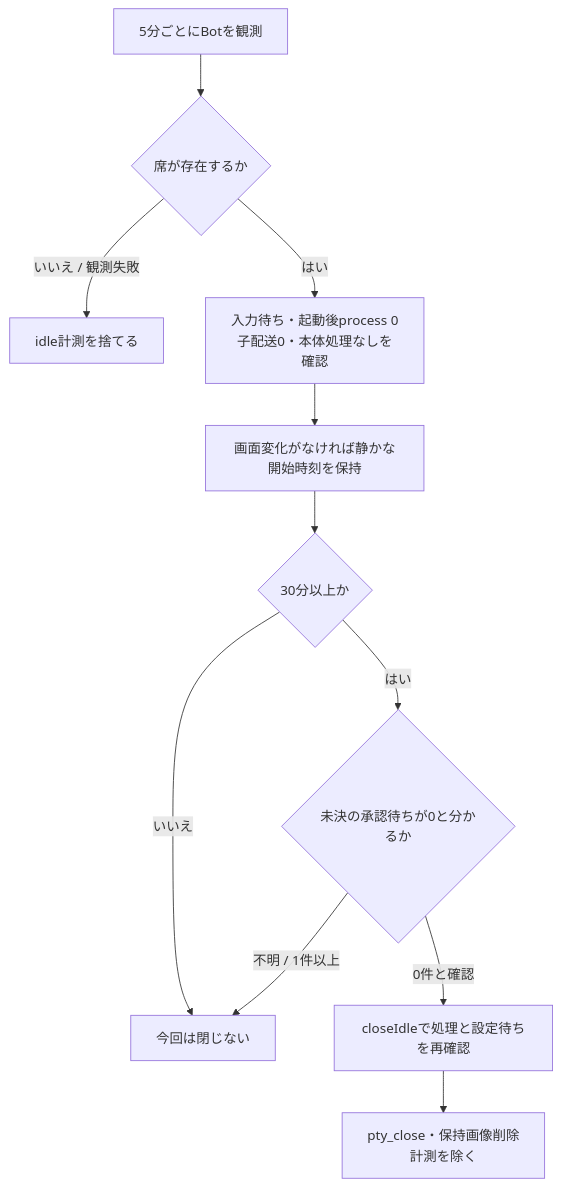
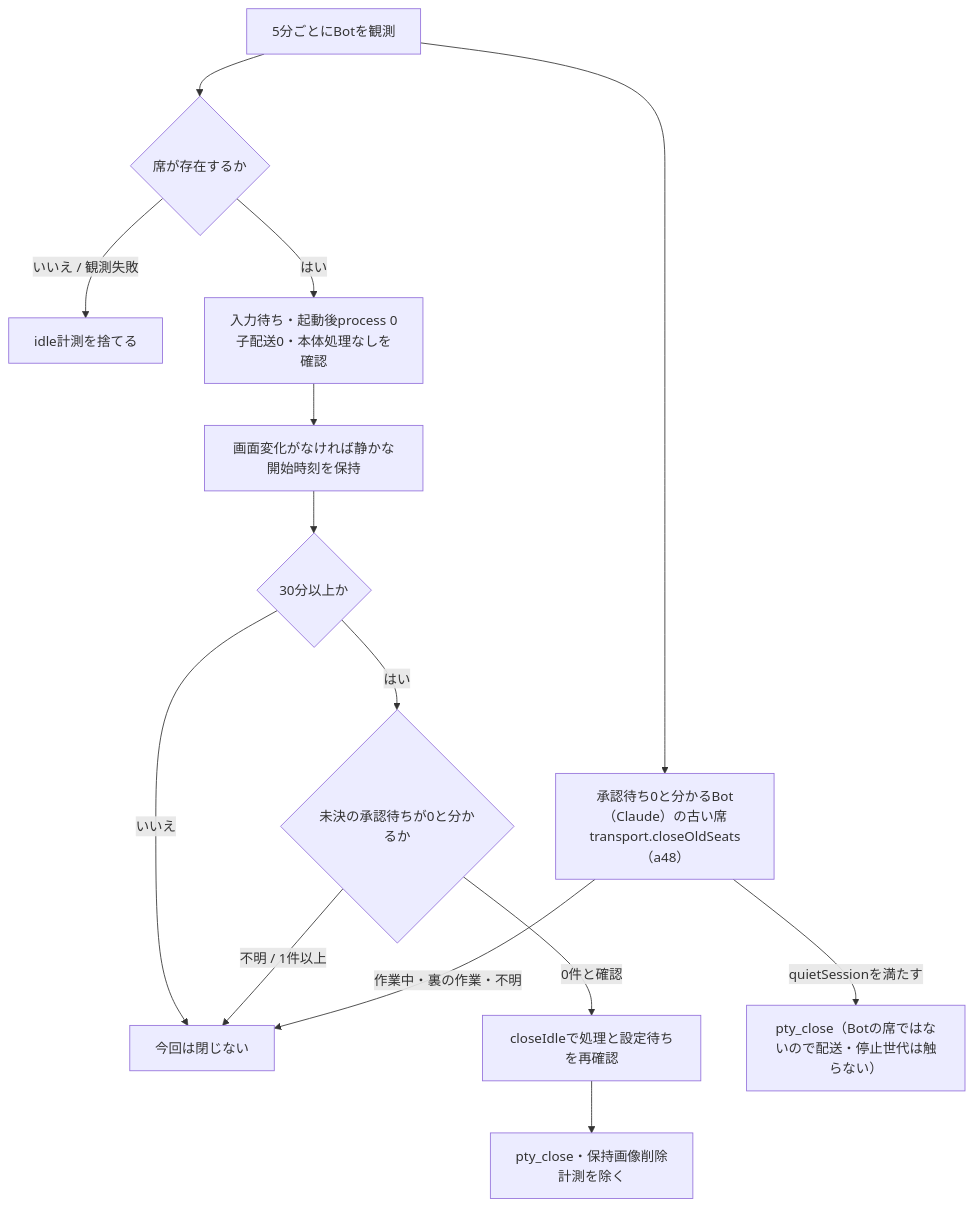
The diagram in docs/architecture/observation-details.md (kitepon/BellTeam), drawn with Mermaid before and after one commit. The commit also changed other lines of this file and 4 other files, not shown here.

First line of the commit message:
execution: close a seat an account move left once Aiterm sees it quiet (a48)

````diff
--- a/docs/architecture/observation-details.md
+++ b/docs/architecture/observation-details.md
@@ -15,13 +15,16 @@
 ```mermaid
 flowchart TD
   Poll["5分ごとにBotを観測"] --> Exists{"席が存在するか"}
   Exists -->|"いいえ / 観測失敗"| Reset["idle計測を捨てる"]
   Exists -->|"はい"| Quiet["入力待ち・起動後process 0<br/>子配送0・本体処理なしを確認"]
   Quiet --> Since["画面変化がなければ静かな開始時刻を保持"]
   Since --> Time{"30分以上か"}
   Time -->|"いいえ"| Keep["今回は閉じない"]
   Time -->|"はい"| Approval{"未決の承認待ちが0と分かるか"}
   Approval -->|"不明 / 1件以上"| Keep
   Approval -->|"0件と確認"| Close["closeIdleで処理と設定待ちを再確認"]
   Close --> End["pty_close・保持画像削除<br/>計測を除く"]
+  Poll --> Old["承認待ち0と分かるBot（Claude）の古い席<br/>transport.closeOldSeats（a48）"]
+  Old -->|"quietSessionを満たす"| OldClose["pty_close（Botの席ではないので配送・停止世代は触らない）"]
+  Old -->|"作業中・裏の作業・不明"| Keep
 ```
````
